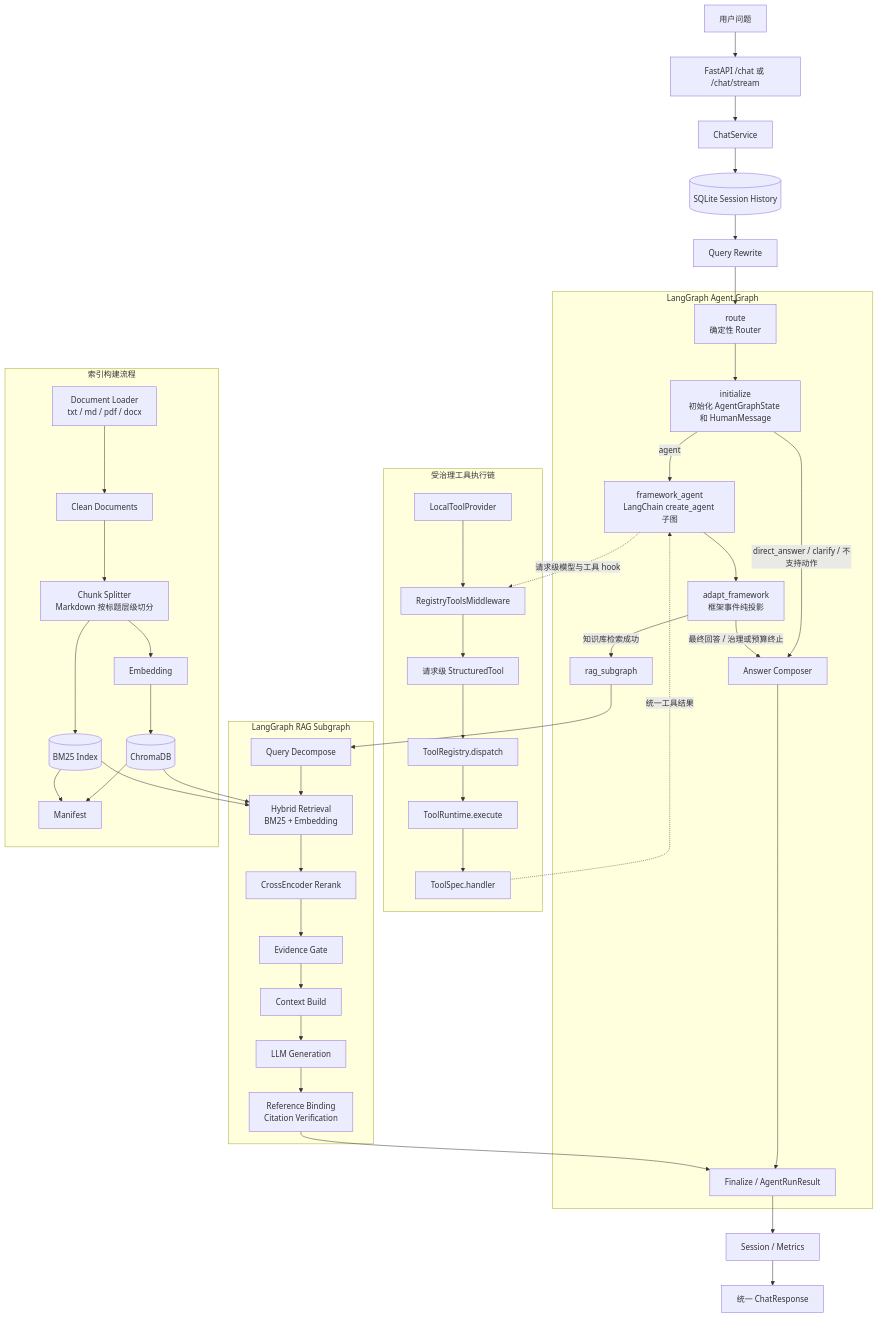
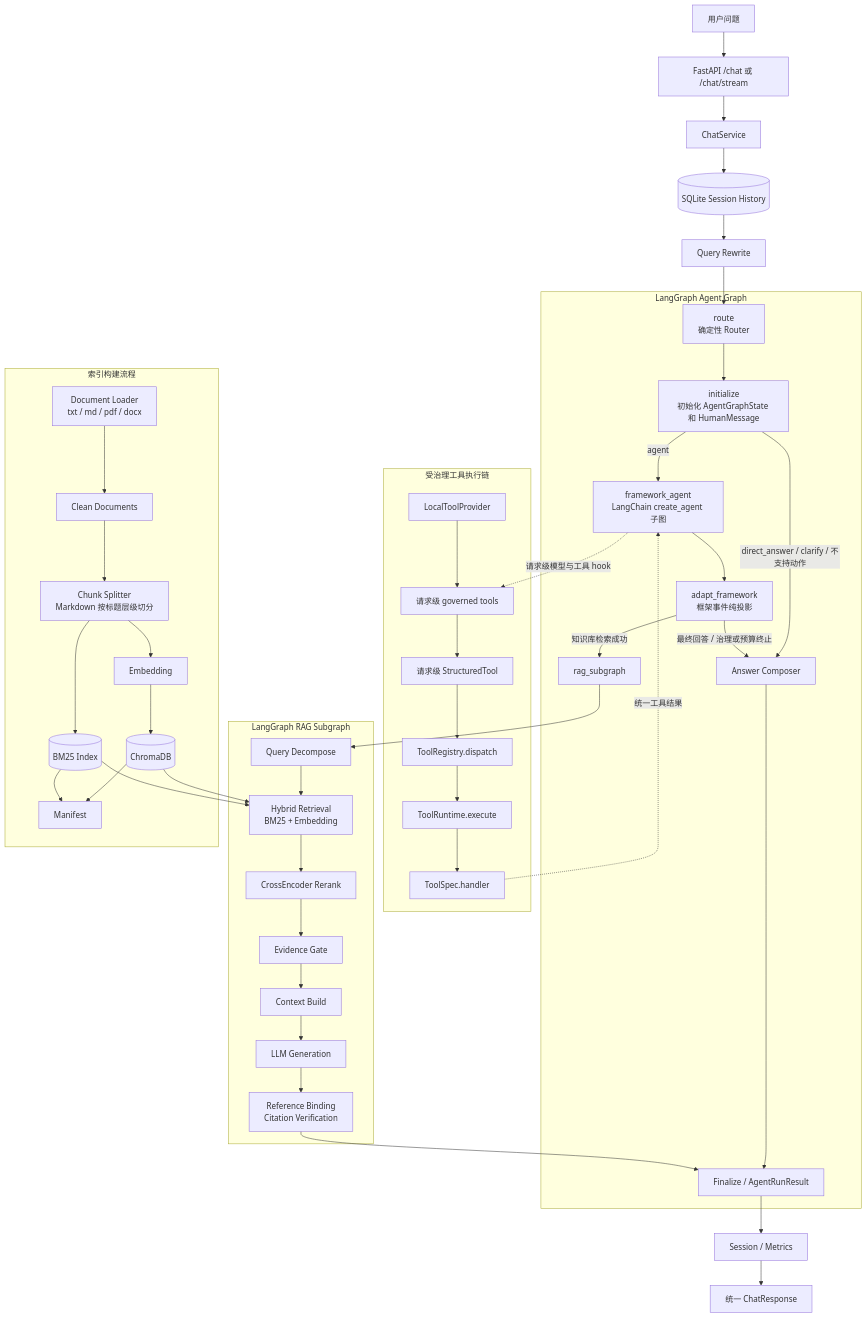
Before and after one commit to LiBoEN123/rag-agent-qa-system: the diagram in README.md, drawn with Mermaid. The commit also changed other lines of this file and 86 other files, not shown here.

Commit message:
移除 Parent LangGraph，保留 create_agent + RAG Graph

```diff
--- a/README.md
+++ b/README.md
@@ -67,7 +67,7 @@
         Runtime[ToolRuntime.execute]
         Handler[ToolSpec.handler]
 
-        Middleware[RegistryToolsMiddleware]
+        Middleware[请求级 governed tools]
 
         Provider --> Middleware
         Middleware --> StructuredTool
```
